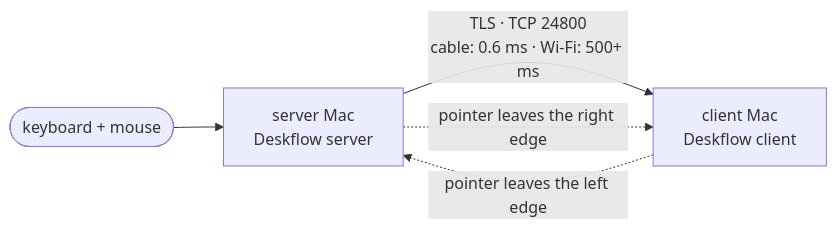
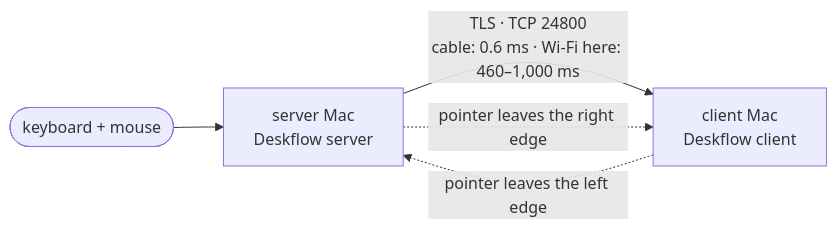
One commit to aliyzl/share-mouse-keyboard-between-macs changed the diagram in README.md. Above: the diagram before and after it, drawn with Mermaid. The commit also changed other lines of this file and 16 other files, not shown here.

````diff
--- a/README.md
+++ b/README.md
@@ -18,7 +18,7 @@
 ```mermaid
 flowchart LR
     KM([keyboard + mouse]) --> S[server Mac<br/>Deskflow server]
-    S -- "TLS · TCP 24800<br/>cable: 0.6 ms · Wi-Fi: 500+ ms" --> C[client Mac<br/>Deskflow client]
+    S -- "TLS · TCP 24800<br/>cable: 0.6 ms · Wi-Fi here: 460–1,000 ms" --> C[client Mac<br/>Deskflow client]
     S -. "pointer leaves the right edge" .-> C
     C -. "pointer leaves the left edge" .-> S
 ```
````
